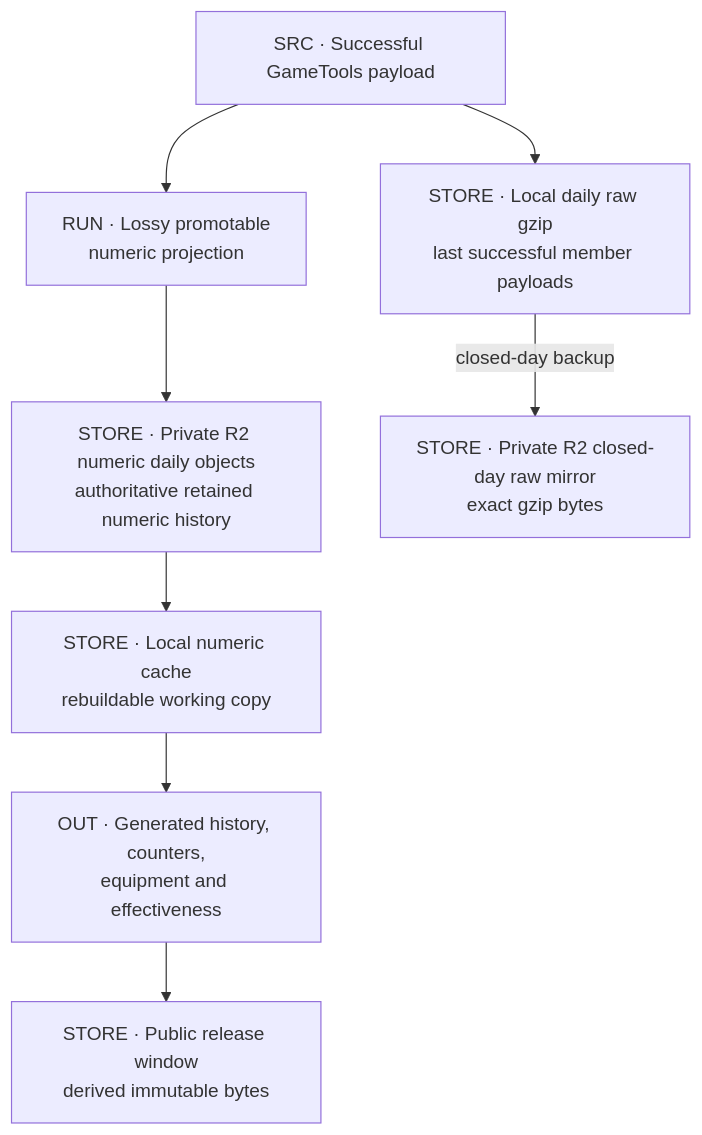
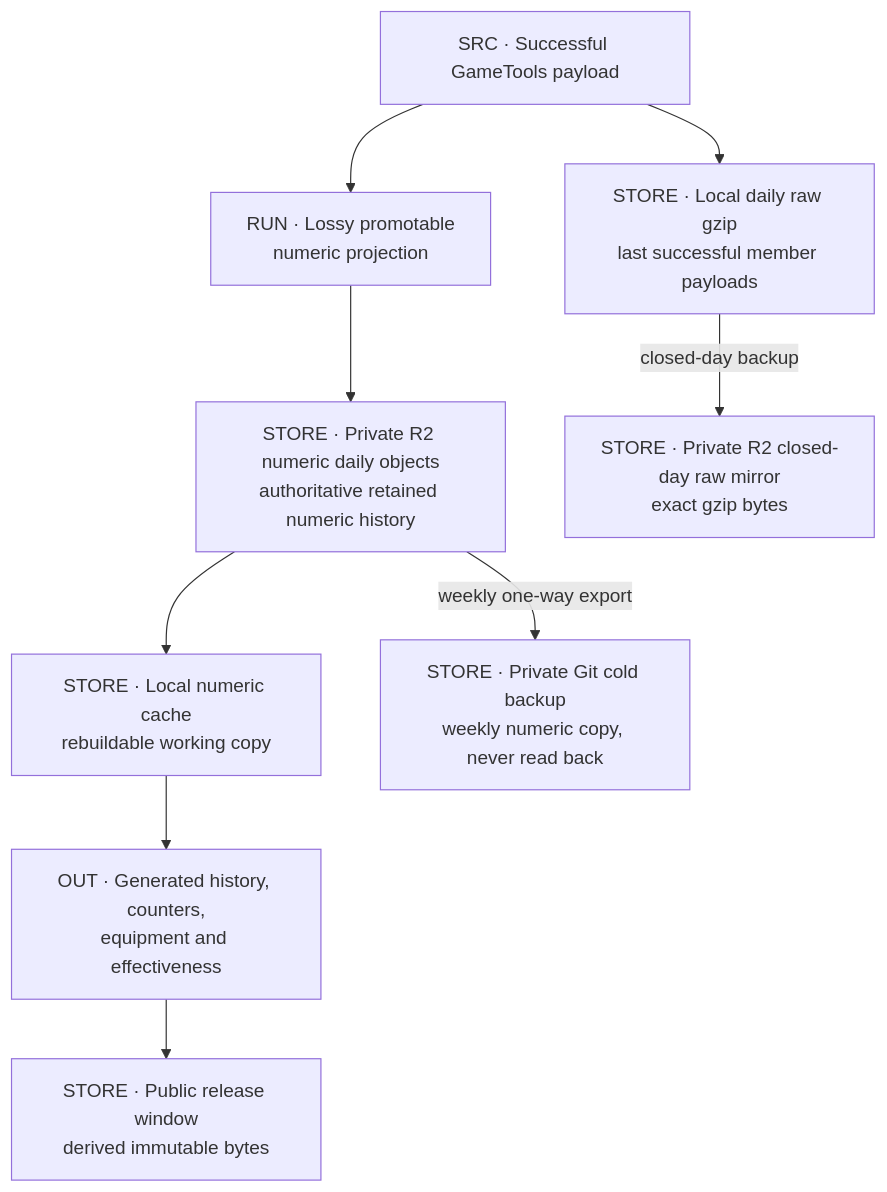
The first of 3 diagrams in atlas/ARCHIVES.md (raymdl/kdm-bf6-rankings), drawn with Mermaid before and after one commit. The commit also changed other lines of this file and 10 other files, not shown here.

````diff
--- a/atlas/ARCHIVES.md
+++ b/atlas/ARCHIVES.md
@@ -7,18 +7,20 @@
 ```mermaid
 flowchart TB
   OBS["SRC · Successful GameTools payload"]
   PROJ["RUN · Lossy promotable<br/>numeric projection"]
   NUM["STORE · Private R2 numeric daily objects<br/>authoritative retained numeric history"]
   RAW["STORE · Local daily raw gzip<br/>last successful member payloads"]
   MIRROR["STORE · Private R2 closed-day raw mirror<br/>exact gzip bytes"]
   CACHE["STORE · Local numeric cache<br/>rebuildable working copy"]
   GEN["OUT · Generated history, counters,<br/>equipment and effectiveness"]
   PUB["STORE · Public release window<br/>derived immutable bytes"]
+  COLD["STORE · Private Git cold backup<br/>weekly numeric copy, never read back"]
   OBS --> PROJ
   PROJ --> NUM
   OBS --> RAW
   RAW -->|"closed-day backup"| MIRROR
+  NUM -->|"weekly one-way export"| COLD
   NUM --> CACHE
   CACHE --> GEN
   GEN --> PUB
 ```
````
